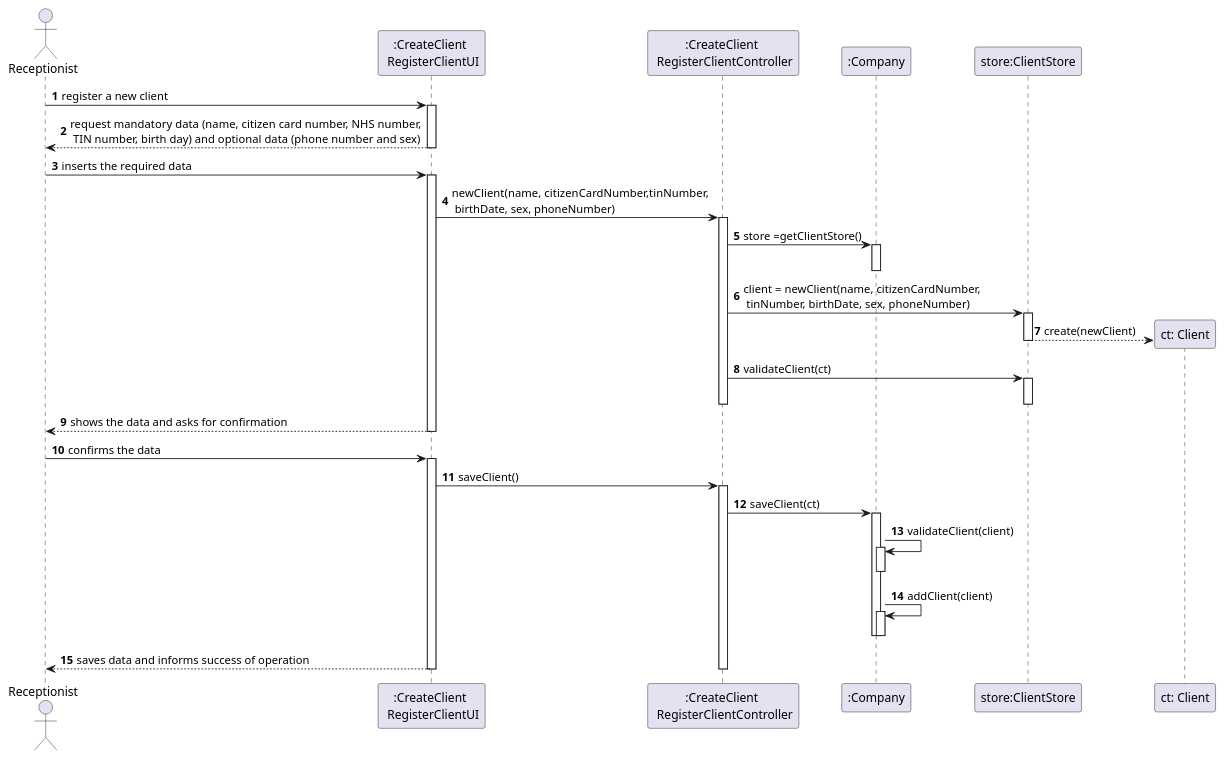
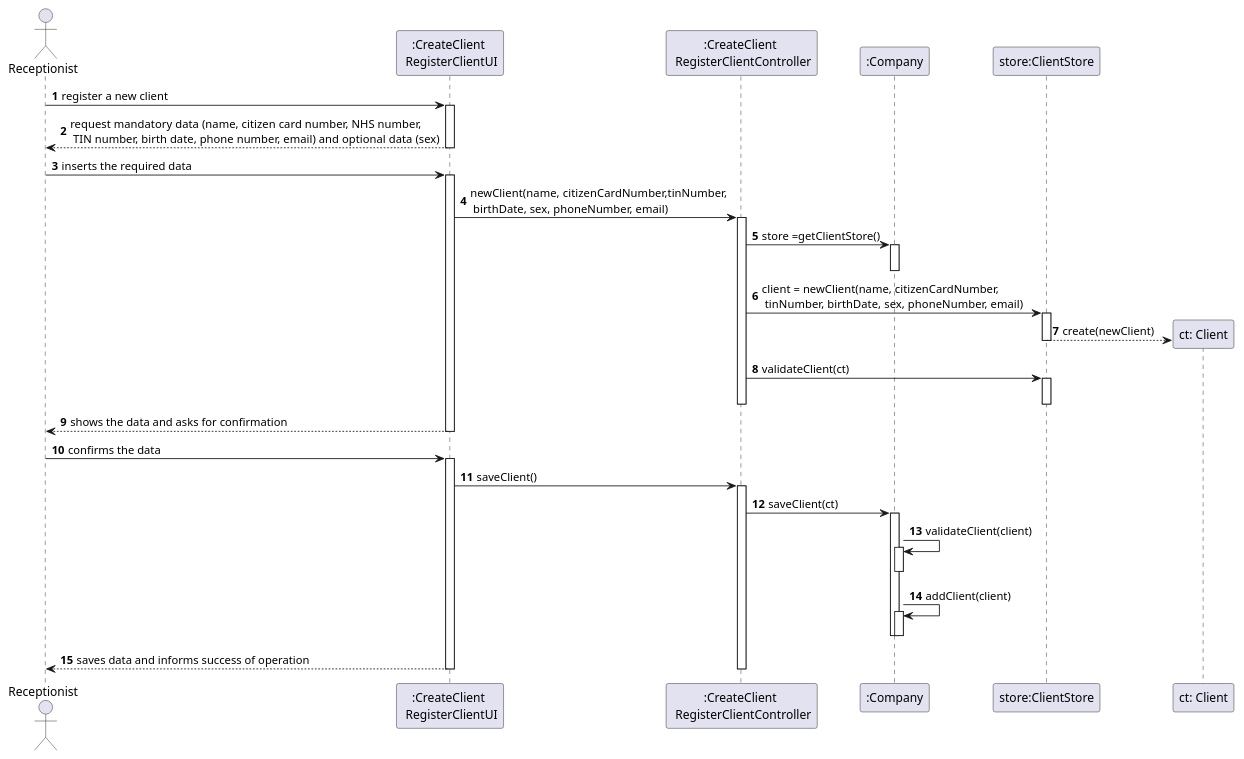
The diagram in docs/SprintB/US3/UC03_SD.puml (GuilhermeCunha79/lapr2), drawn with PlantUML before and after one commit. The commit also changed 6 other files, not shown here.

```diff
--- a/docs/SprintB/US3/UC03_SD.puml
+++ b/docs/SprintB/US3/UC03_SD.puml
@@ -1,68 +1,68 @@
 @startuml
 autonumber
 'hide footbox
 actor "Receptionist" as RECEP
 
 participant ":CreateClient \n RegisterClientUI" as UI
 participant ":CreateClient \n RegisterClientController" as CTRL
 participant ":Company" as C
 participant "store:ClientStore" as CS
 participant "ct: Client" as CL
 
 
 
 RECEP -> UI : register a new client
 activate UI
-    UI --> RECEP : request mandatory data (name, citizen card number, NHS number,\n TIN number, birth day) and optional data (phone number and sex)
+    UI --> RECEP : request mandatory data (name, citizen card number, NHS number,\n TIN number, birth date, phone number, email) and optional data (sex)
 deactivate UI
 
 RECEP -> UI : inserts the required data
 activate UI
-    UI -> CTRL : newClient(name, citizenCardNumber,tinNumber,\n birthDate, sex, phoneNumber)
+    UI -> CTRL : newClient(name, citizenCardNumber,tinNumber,\n birthDate, sex, phoneNumber, email)
 
 activate CTRL
 
         CTRL -> C: store =getClientStore()
         activate C
         deactivate C
 
-        CTRL -> CS: client = newClient(name, citizenCardNumber,\n tinNumber, birthDate, sex, phoneNumber)
+        CTRL -> CS: client = newClient(name, citizenCardNumber,\n tinNumber, birthDate, sex, phoneNumber, email)
 
         activate CS
         CS --> CL** : create(newClient)
         deactivate CS
 
         CTRL -> CS : validateClient(ct)
         activate CS
         deactivate CS
 
 
 
     deactivate CTRL
     UI --> RECEP : shows the data and asks for confirmation
 deactivate UI
 RECEP -> UI : confirms the data
 activate UI
 
     UI -> CTRL : saveClient()
 
 activate CTRL
     CTRL -> C : saveClient(ct)
 
 activate C
 
     C -> C : validateClient(client)
     activate C
     deactivate C
     C -> C : addClient(client)
     activate C
     deactivate C
     deactivate C
 
 
 UI --> RECEP : saves data and informs success of operation
 deactivate C
 deactivate UI
 deactivate CTRL
 
 @enduml
```
